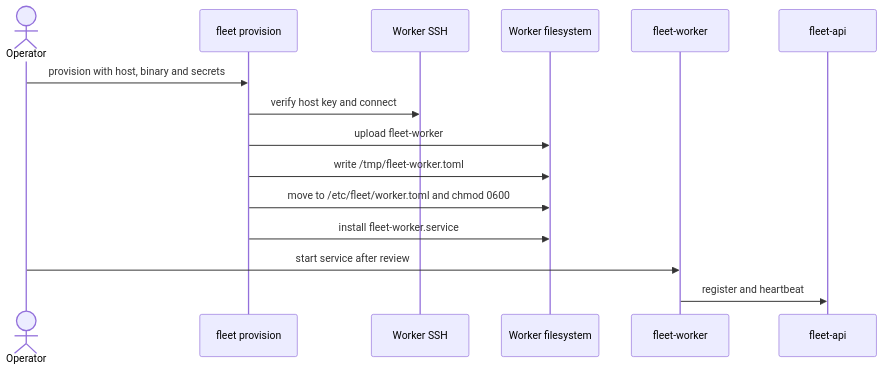
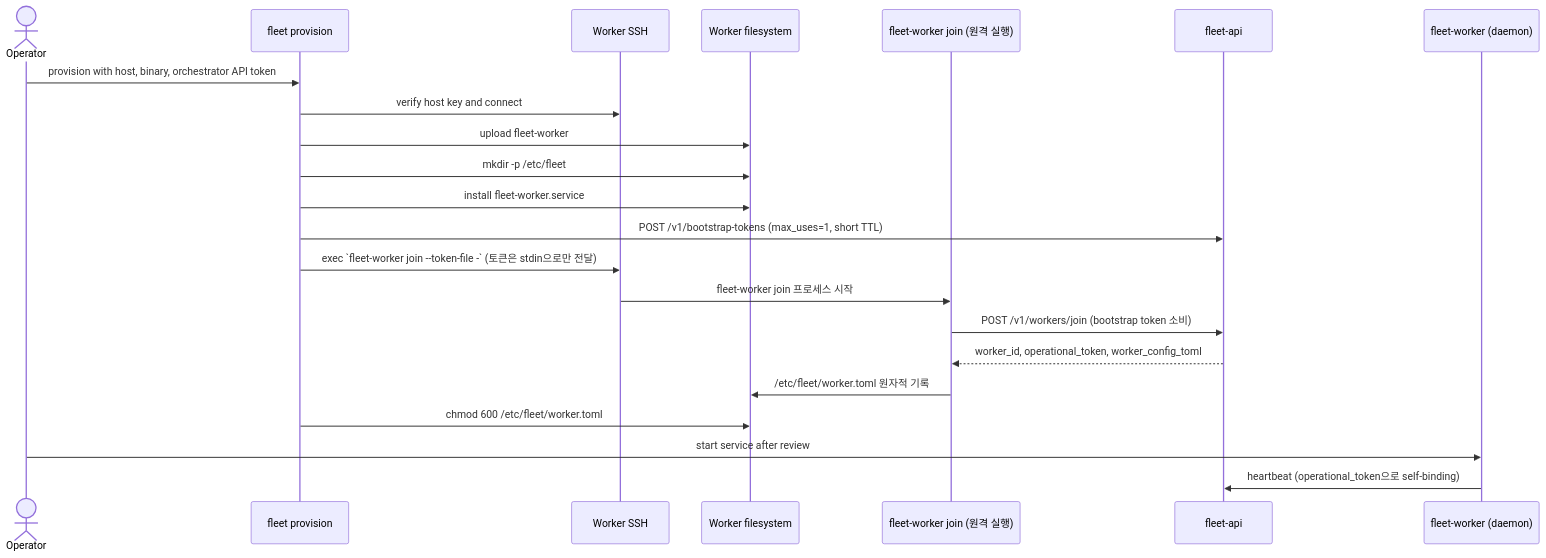
One commit to yarang/grok-fleet-orchestrator changed the diagram in docs/deployment/worker-provisioning.md. Above: the diagram before and after it, drawn with Mermaid. The commit also changed other lines of this file and 18 other files, not shown here.

````diff
--- a/docs/deployment/worker-provisioning.md
+++ b/docs/deployment/worker-provisioning.md
@@ -20,18 +21,25 @@
 ```mermaid
 sequenceDiagram
     actor Operator
     participant CLI as fleet provision
     participant SSH as Worker SSH
     participant FS as Worker filesystem
-    participant Daemon as fleet-worker
+    participant Remote as fleet-worker join (원격 실행)
     participant API as fleet-api
+    participant Daemon as fleet-worker (daemon)
 
-    Operator->>CLI: provision with host, binary and secrets
+    Operator->>CLI: provision with host, binary, orchestrator API token
     CLI->>SSH: verify host key and connect
     CLI->>FS: upload fleet-worker
-    CLI->>FS: write /tmp/fleet-worker.toml
-    CLI->>FS: move to /etc/fleet/worker.toml and chmod 0600
+    CLI->>FS: mkdir -p /etc/fleet
     CLI->>FS: install fleet-worker.service
+    CLI->>API: POST /v1/bootstrap-tokens (max_uses=1, short TTL)
+    CLI->>SSH: exec `fleet-worker join --token-file -` (토큰은 stdin으로만 전달)
+    SSH->>Remote: fleet-worker join 프로세스 시작
+    Remote->>API: POST /v1/workers/join (bootstrap token 소비)
+    API-->>Remote: worker_id, operational_token, worker_config_toml
+    Remote->>FS: /etc/fleet/worker.toml 원자적 기록
+    CLI->>FS: chmod 600 /etc/fleet/worker.toml
     Operator->>Daemon: start service after review
-    Daemon->>API: register and heartbeat
+    Daemon->>API: heartbeat (operational_token으로 self-binding)
 ```
````
